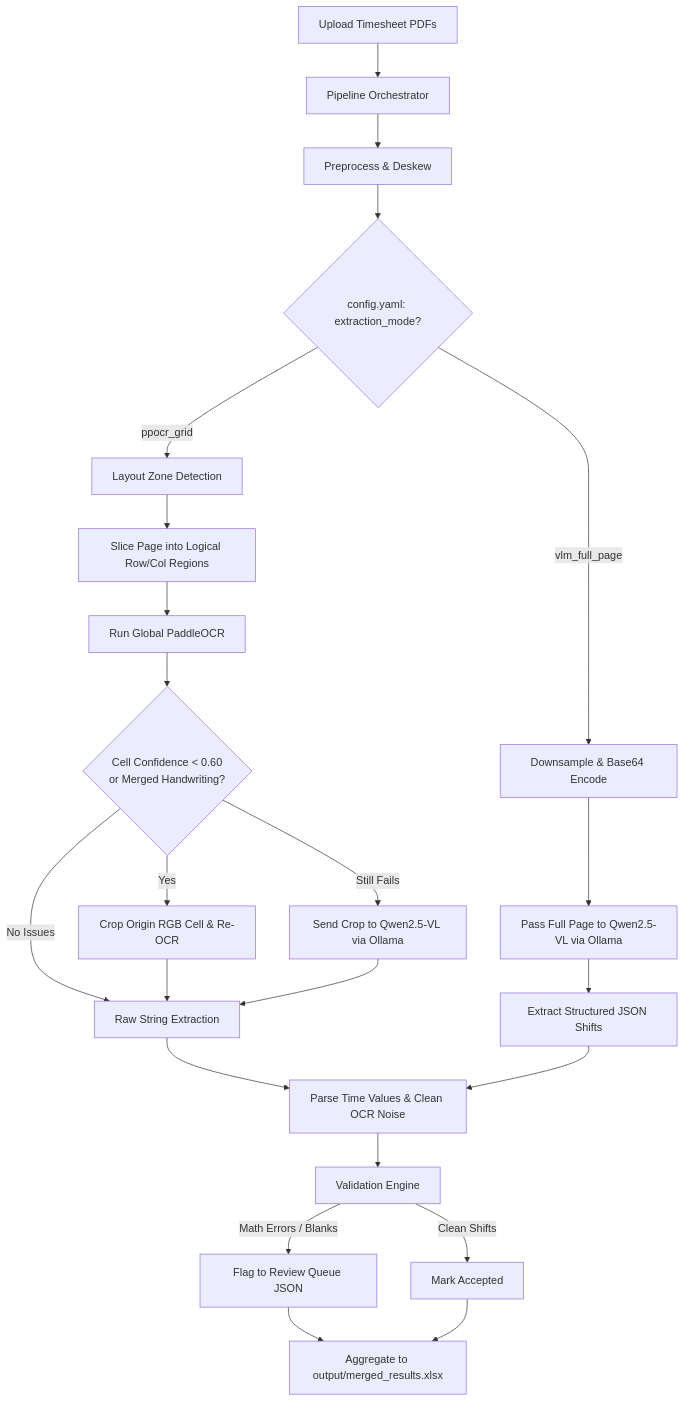
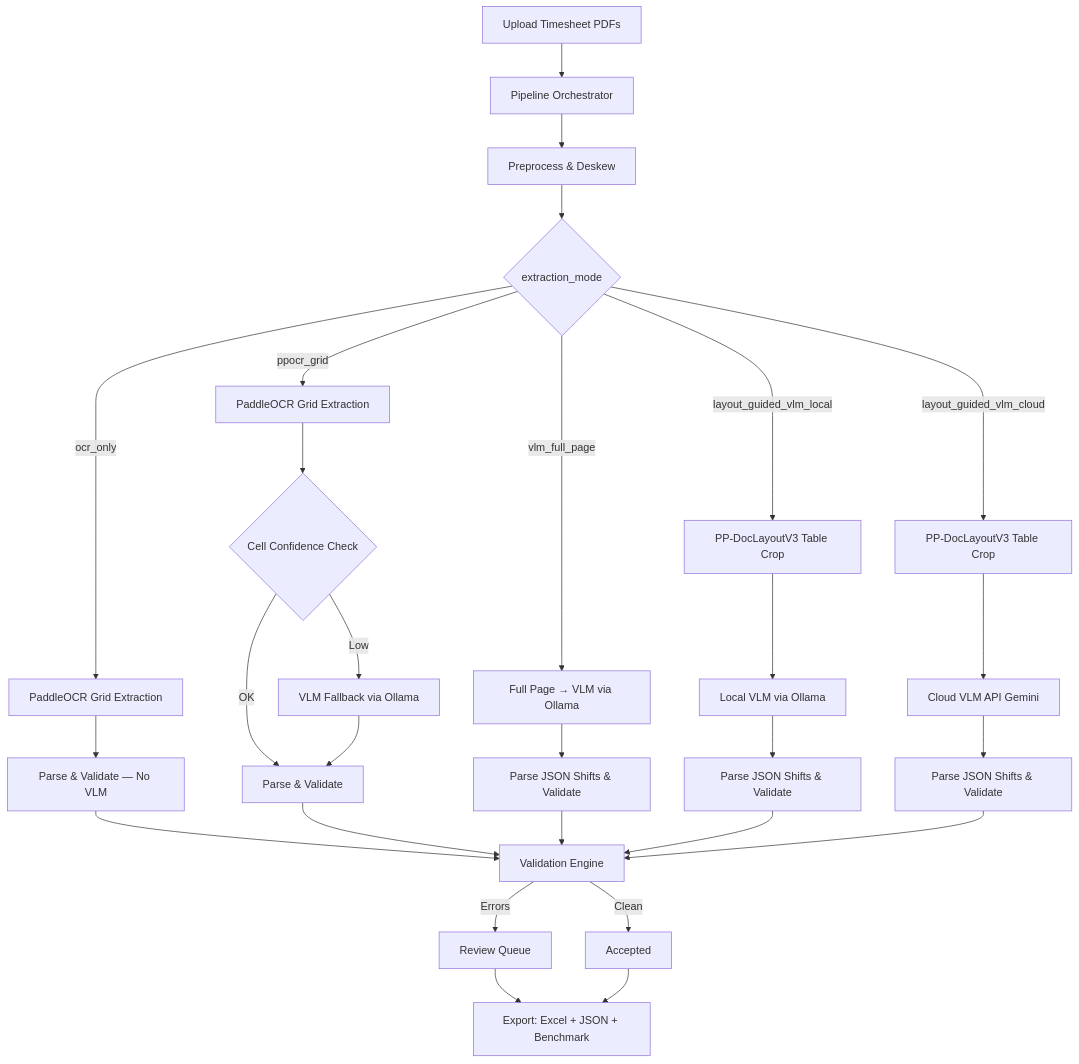
Before and after one commit to mohitagr18/timesheet-ocr: the diagram in README.md, drawn with Mermaid. The commit also changed other lines of this file and 16 other files, not shown here.

````diff
--- a/README.md
+++ b/README.md
@@ -29,30 +15,31 @@
 ```mermaid
 graph TD
     A[Upload Timesheet PDFs] --> B[Pipeline Orchestrator]
     B --> C[Preprocess & Deskew]
-    C --> D{config.yaml: extraction_mode?}
+    C --> D{extraction_mode}
     
-    %% Grid Path
-    D -->|ppocr_grid| E[Layout Zone Detection]
-    E --> F[Slice Page into Logical Row/Col Regions]
-    F --> G[Run Global PaddleOCR]
-    G --> H{Cell Confidence < 0.60 \n or Merged Handwriting?}
-    H -->|Yes| I[Crop Origin RGB Cell & Re-OCR]
-    H -->|Still Fails| J[Send Crop to Qwen2.5-VL via Ollama]
-    H -->|No Issues| K[Raw String Extraction]
-    I & J --> K
+    D -->|ocr_only| E1[PaddleOCR Grid Extraction]
+    E1 --> F1[Parse & Validate — No VLM]
     
-    %% VLM Path
-    D -->|vlm_full_page| L[Downsample & Base64 Encode]
-    L --> M[Pass Full Page to Qwen2.5-VL via Ollama]
-    M --> N[Extract Structured JSON Shifts]
+    D -->|ppocr_grid| E2[PaddleOCR Grid Extraction]
+    E2 --> F2{Cell Confidence Check}
+    F2 -->|Low| G2[VLM Fallback via Ollama]
+    F2 -->|OK| H2[Parse & Validate]
+    G2 --> H2
     
-    %% Unification
-    K & N --> O[Parse Time Values & Clean OCR Noise]
-    O --> P[Validation Engine]
+    D -->|vlm_full_page| E3[Full Page → VLM via Ollama]
+    E3 --> F3[Parse JSON Shifts & Validate]
     
-    P --> |Math Errors / Blanks| Q[Flag to Review Queue JSON]
-    P --> |Clean Shifts| R[Mark Accepted]
+    D -->|layout_guided_vlm_local| E4[PP-DocLayoutV3 Table Crop]
+    E4 --> F4[Local VLM via Ollama]
+    F4 --> G4[Parse JSON Shifts & Validate]
     
-    Q & R --> S[Aggregate to output/merged_results.xlsx]
+    D -->|layout_guided_vlm_cloud| E5[PP-DocLayoutV3 Table Crop]
+    E5 --> F5[Cloud VLM API Gemini]
+    F5 --> G5[Parse JSON Shifts & Validate]
+    
+    F1 & H2 & F3 & G4 & G5 --> I[Validation Engine]
+    I -->|Errors| J[Review Queue]
+    I -->|Clean| K[Accepted]
+    J & K --> L[Export: Excel + JSON + Benchmark]
 ```
````
